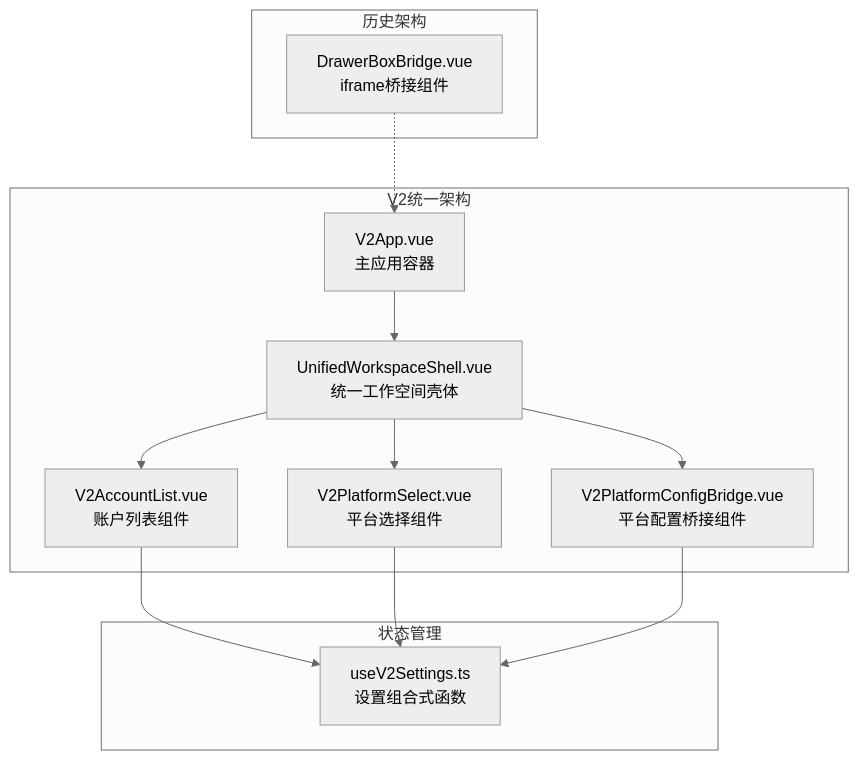
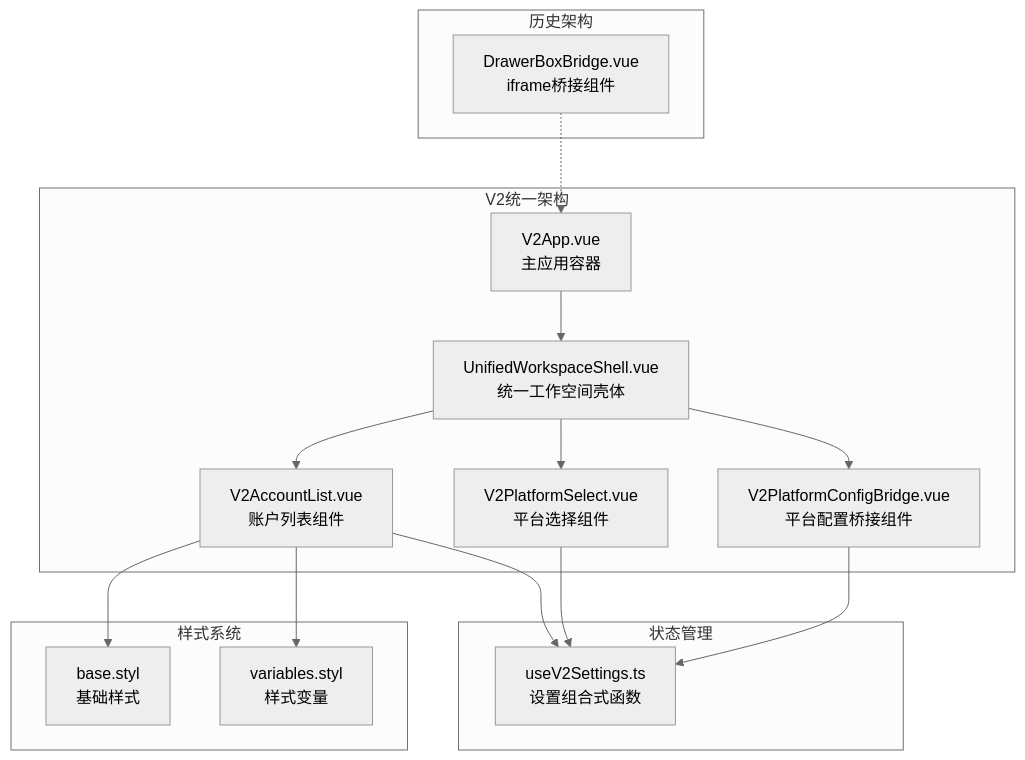
The first of 16 diagrams in .qoder/repowiki/zh/content/V2 Account List Component.md (terwer/siyuan-plugin-publisher), drawn with Mermaid (neutral theme) before and after one commit. The commit also changed other lines of this file and 3 other files, not shown here.

First line of the commit message:
feat(account): enhance V2AccountList with UI improvements and integrate Element Plus

````diff
--- a/.qoder/repowiki/zh/content/V2 Account List Component.md
+++ b/.qoder/repowiki/zh/content/V2 Account List Component.md
@@ -50,24 +57,30 @@
 ```mermaid
 graph TB
 subgraph "V2统一架构"
 V2App[V2App.vue<br/>主应用容器]
 UnifiedWorkspaceShell[UnifiedWorkspaceShell.vue<br/>统一工作空间壳体]
 V2AccountList[V2AccountList.vue<br/>账户列表组件]
 V2PlatformSelect[V2PlatformSelect.vue<br/>平台选择组件]
 V2PlatformConfigBridge[V2PlatformConfigBridge.vue<br/>平台配置桥接组件]
 end
 subgraph "状态管理"
 useV2Settings[useV2Settings.ts<br/>设置组合式函数]
 end
 subgraph "历史架构"
 DrawerBoxBridge[DrawerBoxBridge.vue<br/>iframe桥接组件]
 end
+subgraph "样式系统"
+baseStyl[base.styl<br/>基础样式]
+variablesStyl[variables.styl<br/>样式变量]
+end
 V2App --> UnifiedWorkspaceShell
 UnifiedWorkspaceShell --> V2AccountList
 UnifiedWorkspaceShell --> V2PlatformSelect
 UnifiedWorkspaceShell --> V2PlatformConfigBridge
 V2AccountList --> useV2Settings
 V2PlatformSelect --> useV2Settings
 V2PlatformConfigBridge --> useV2Settings
+V2AccountList --> baseStyl
+V2AccountList --> variablesStyl
 DrawerBoxBridge -.-> V2App
 ```
````
